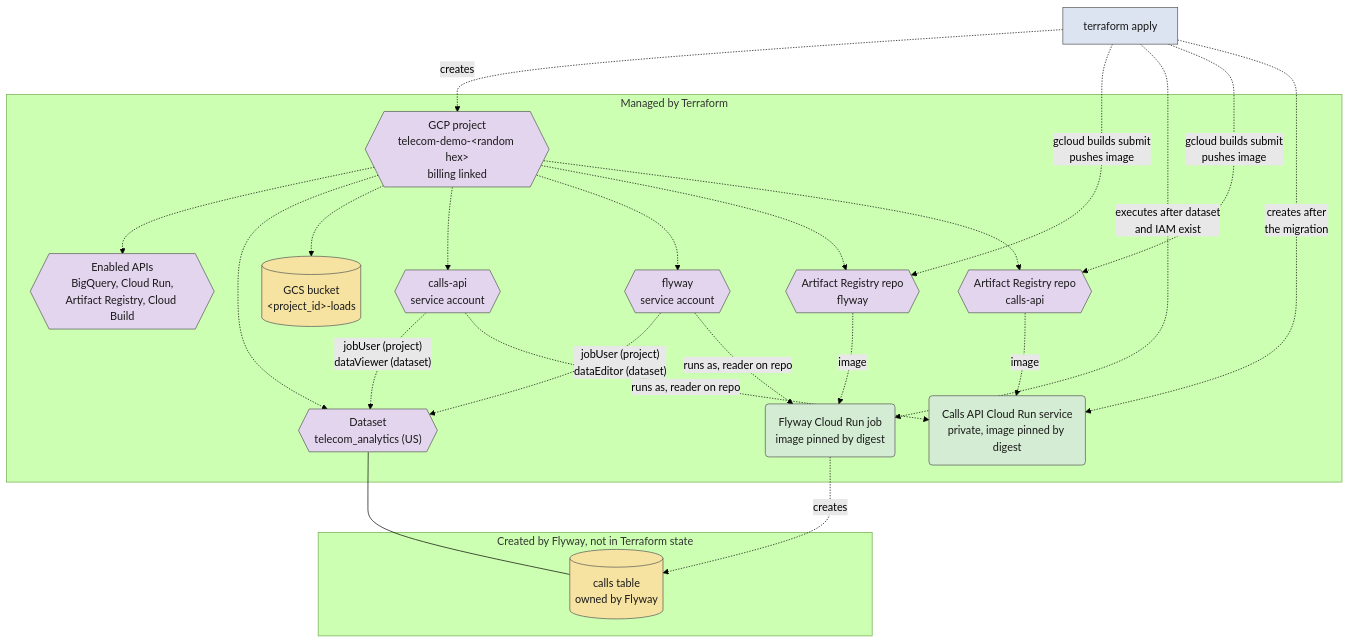
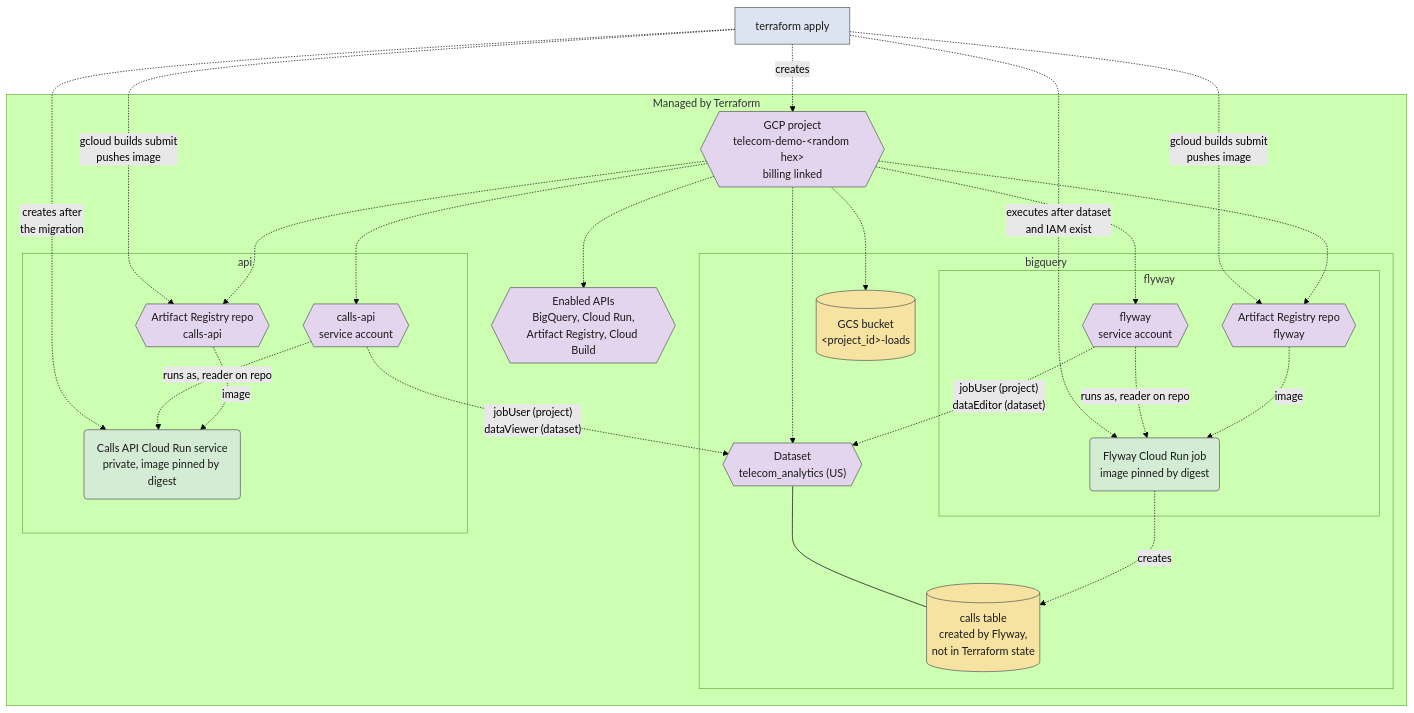
One commit to castroaj/GCP-BQ-DEMO changed the third of 4 diagrams in README.md. Above: the diagram before and after it, drawn with Mermaid (forest theme).

Commit message:
Group the provisioning diagram into bigquery, flyway and api boxes
The calls table moves into the bigquery box, with its not-in-Terraform-state
note on the node label instead of a separate box.

````diff
--- a/README.md
+++ b/README.md
@@ -67,51 +67,57 @@
 ```mermaid
 flowchart TD
   tf["terraform apply"]
 
   subgraph managed["Managed by Terraform"]
     project{{"GCP project<br/>telecom-demo-&lt;random hex&gt;<br/>billing linked"}}
     apis{{"Enabled APIs<br/>BigQuery, Cloud Run,<br/>Artifact Registry, Cloud Build"}}
-    ds{{"Dataset<br/>telecom_analytics (US)"}}
-    bucket[("GCS bucket<br/>&lt;project_id&gt;-loads")]
-    sa_api{{"calls-api<br/>service account"}}
-    sa_fly{{"flyway<br/>service account"}}
-    repo{{"Artifact Registry repo<br/>flyway"}}
-    repo_api{{"Artifact Registry repo<br/>calls-api"}}
-    job("Flyway Cloud Run job<br/>image pinned by digest")
-    api("Calls API Cloud Run service<br/>private, image pinned by digest")
-  end
 
-  subgraph other["Created by Flyway, not in Terraform state"]
-    table[("calls table<br/>owned by Flyway")]
+    subgraph bqBox["bigquery"]
+      ds{{"Dataset<br/>telecom_analytics (US)"}}
+      bucket[("GCS bucket<br/>&lt;project_id&gt;-loads")]
+      table[("calls table<br/>created by Flyway,<br/>not in Terraform state")]
+
+      subgraph flywayBox["flyway"]
+        sa_fly{{"flyway<br/>service account"}}
+        repo{{"Artifact Registry repo<br/>flyway"}}
+        job("Flyway Cloud Run job<br/>image pinned by digest")
+      end
+    end
+
+    subgraph apiBox["api"]
+      sa_api{{"calls-api<br/>service account"}}
+      repo_api{{"Artifact Registry repo<br/>calls-api"}}
+      api("Calls API Cloud Run service<br/>private, image pinned by digest")
+    end
   end
 
   tf -.->|creates| project
   project -.-> apis
   project -.-> ds
   project -.-> bucket
   project -.-> sa_api
   project -.-> sa_fly
   sa_api -.->|"jobUser (project)<br/>dataViewer (dataset)"| ds
   sa_fly -.->|"jobUser (project)<br/>dataEditor (dataset)"| ds
   project -.-> repo
   tf -.->|"gcloud builds submit<br/>pushes image"| repo
   repo -.->|"image"| job
   sa_fly -.->|"runs as, reader on repo"| job
   tf -.->|"executes after dataset<br/>and IAM exist"| job
   job -.->|creates| table
   ds --- table
   project -.-> repo_api
   tf -.->|"gcloud builds submit<br/>pushes image"| repo_api
   repo_api -.->|"image"| api
   sa_api -.->|"runs as, reader on repo"| api
   tf -.->|"creates after<br/>the migration"| api
 
   classDef tool fill:#dbe4f0,stroke:#555,color:#1a1a1a
   classDef compute fill:#d3ecd3,stroke:#555,color:#1a1a1a
   classDef store fill:#f6e3a1,stroke:#555,color:#1a1a1a
   classDef resource fill:#e3d5ee,stroke:#555,color:#1a1a1a
   class tf tool
   class api,job compute
   class bucket,table store
   class project,apis,ds,sa_api,sa_fly,repo,repo_api resource
 ```
````
